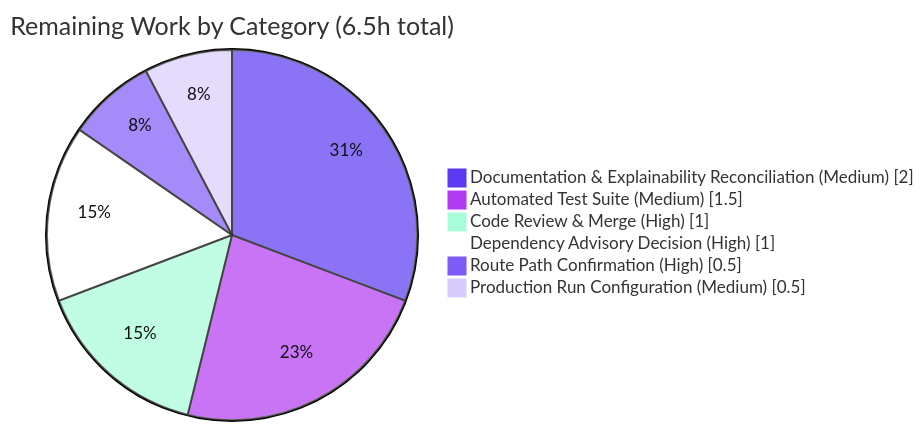
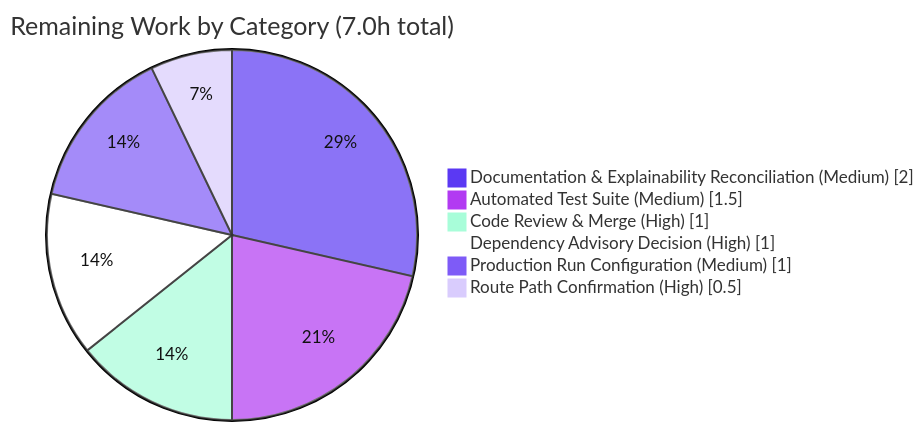
Before and after one commit to Sandeep02Kumar02/existing-projects-qa-test: the third of 4 diagrams in blitzy/documentation/Project Guide.md, drawn with Mermaid. The commit also changed other lines of this file, not shown here.

Commit message:
Adding Blitzy Project Guide: Project Status and Human Tasks Remaining

````diff
--- a/blitzy/documentation/Project Guide.md
+++ b/blitzy/documentation/Project Guide.md
@@ -270,10 +269,10 @@
 ```mermaid
 %%{init: {'theme':'base', 'themeVariables': {'pie1':'#5B39F3','pie2':'#B23AF2','pie3':'#A8FDD9','pie4':'#FFFFFF','pie5':'#7E5BF7','pie6':'#D9CCFD','pieStrokeColor':'#333333','pieSectionTextColor':'#111111'}}}%%
-pie showData title Remaining Work by Category (6.5h total)
+pie showData title Remaining Work by Category (7.0h total)
     "Documentation & Explainability Reconciliation (Medium)" : 2.0
     "Automated Test Suite (Medium)" : 1.5
     "Code Review & Merge (High)" : 1.0
     "Dependency Advisory Decision (High)" : 1.0
+    "Production Run Configuration (Medium)" : 1.0
     "Route Path Confirmation (High)" : 0.5
-    "Production Run Configuration (Medium)" : 0.5
 ```
````
